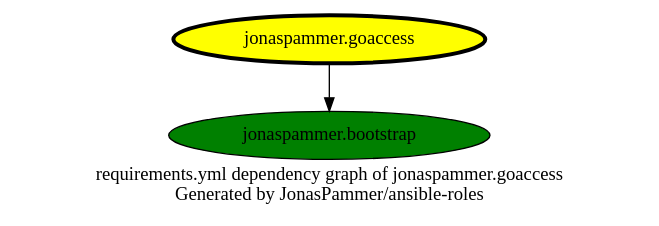
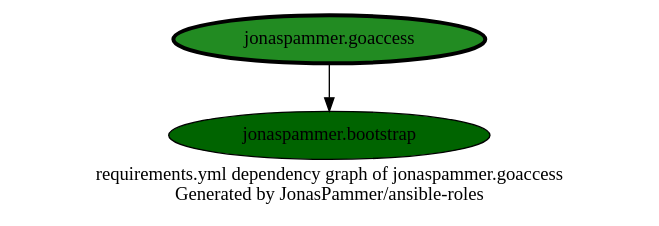
Before and after one commit to JonasPammer/ansible-roles: the diagram in graphs/dependencies_goaccess.dot, drawn with Graphviz. The commit also changed 33 other files, not shown here.

```diff
--- a/graphs/dependencies_goaccess.dot
+++ b/graphs/dependencies_goaccess.dot
@@ -1,13 +1,13 @@
 // This file is generated from `templates/dependencies_single.adoc.jinja2` by Github CI, all local changes will be lost eventually.
 digraph hierarchy {
   label = "requirements.yml dependency graph of jonaspammer.goaccess \n Generated by JonasPammer/ansible-roles" ;
   overlap=false
 
   {
-    "jonaspammer.goaccess" [fillcolor=yellow style=filled penwidth=3]
-    "jonaspammer.bootstrap" [fillcolor=green style=filled ]
+    "jonaspammer.goaccess" [fillcolor=forestgreen style=filled penwidth=3]
+    "jonaspammer.bootstrap" [fillcolor=darkgreen style=filled ]
   }
 
 
   "jonaspammer.goaccess" -> {"jonaspammer.bootstrap"}
 }
```
